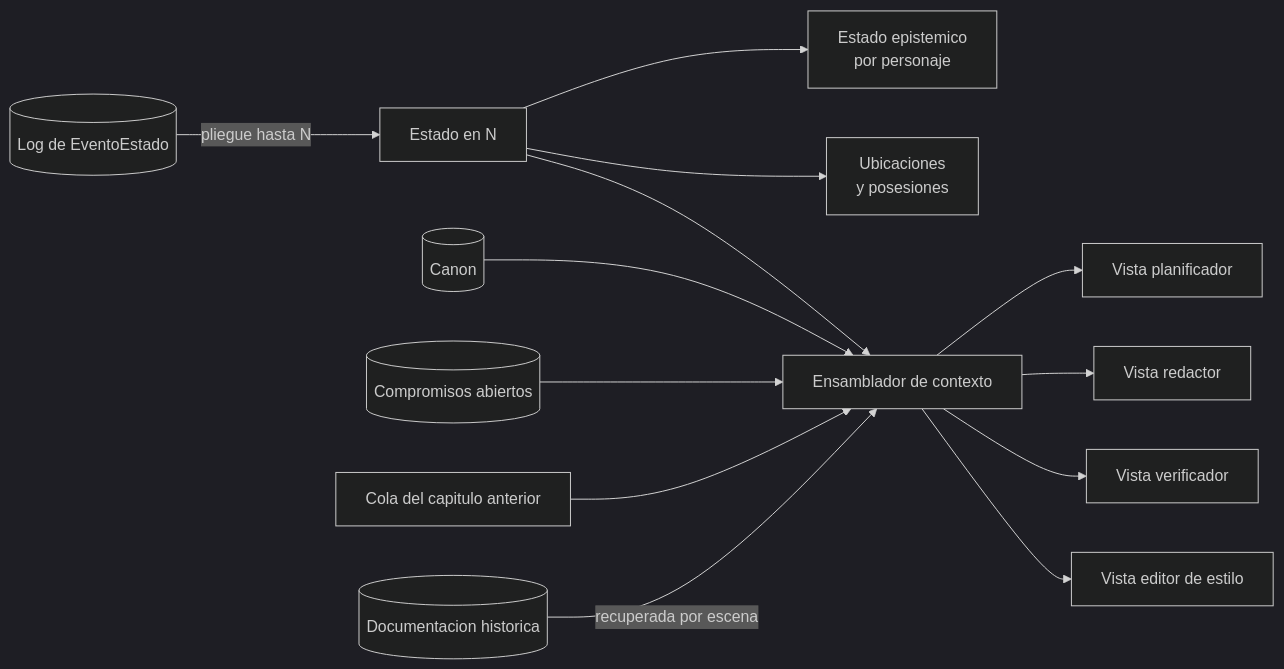
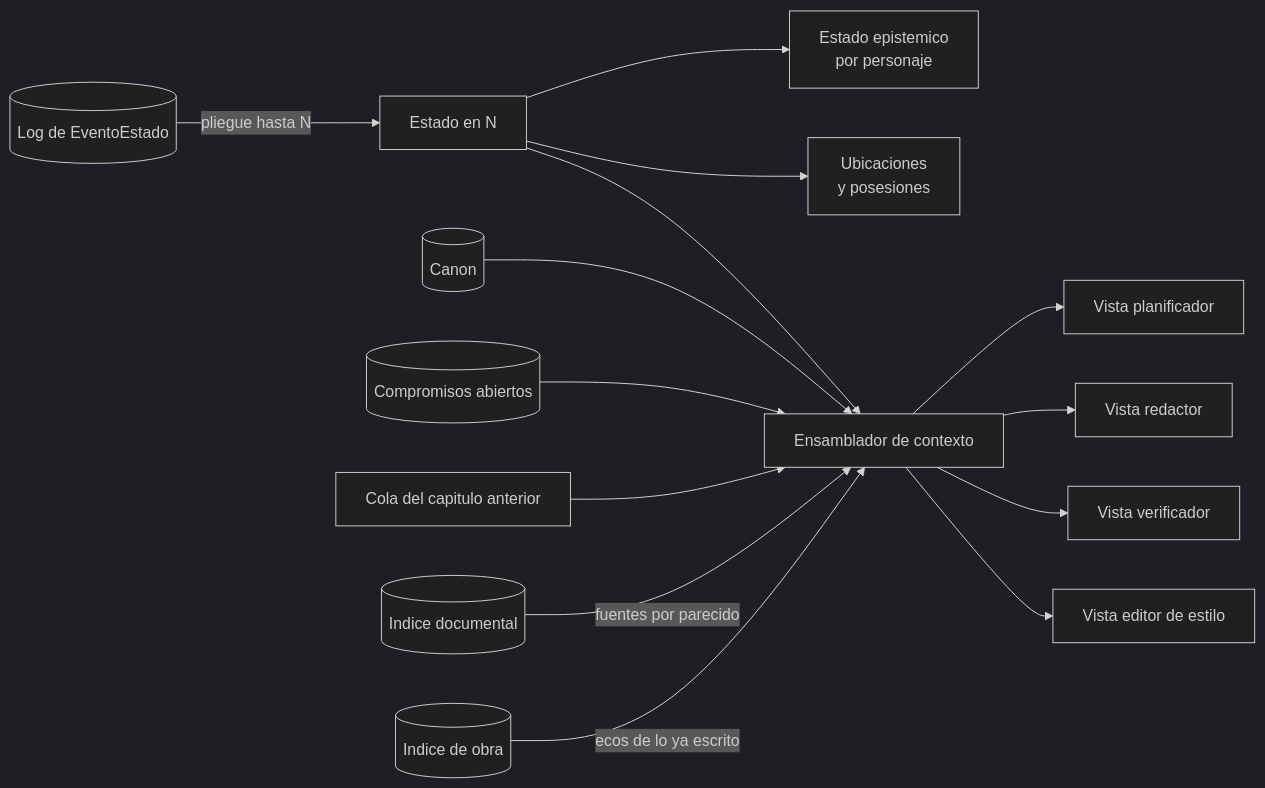
One commit to alvarofernandezqaracter/my-story-maker changed the seventh of 9 diagrams in docs/architecture.md. Above: the diagram before and after it, drawn with Mermaid (dark theme). The commit also changed other lines of this file and 1 other file, not shown here.

First line of the commit message:
docs: la recuperacion por parecido entra en la gestion de contexto

````diff
--- a/docs/architecture.md
+++ b/docs/architecture.md
@@ -275,15 +337,16 @@
 ```mermaid
 flowchart LR
   LOG[(Log de EventoEstado)] -- pliegue hasta N --> EDN[Estado en N]
   EDN --> EPI[Estado epistemico<br/>por personaje]
   EDN --> FIS[Ubicaciones<br/>y posesiones]
   CANON[(Canon)] --> ENS[Ensamblador de contexto]
   EDN --> ENS
   COLA[(Compromisos abiertos)] --> ENS
   TAIL[Cola del capitulo anterior] --> ENS
-  RAG[(Documentacion historica)] -- recuperada por escena --> ENS
+  IDOC[(Indice documental)] -- fuentes por parecido --> ENS
+  IOBR[(Indice de obra)] -- ecos de lo ya escrito --> ENS
   ENS --> VP[Vista planificador]
   ENS --> VR[Vista redactor]
   ENS --> VV[Vista verificador]
   ENS --> VE[Vista editor de estilo]
 ```
````
